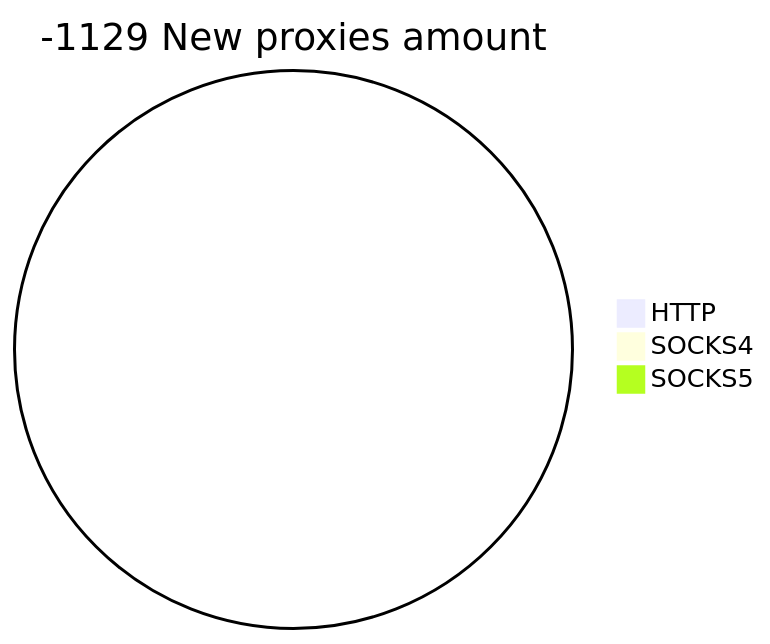
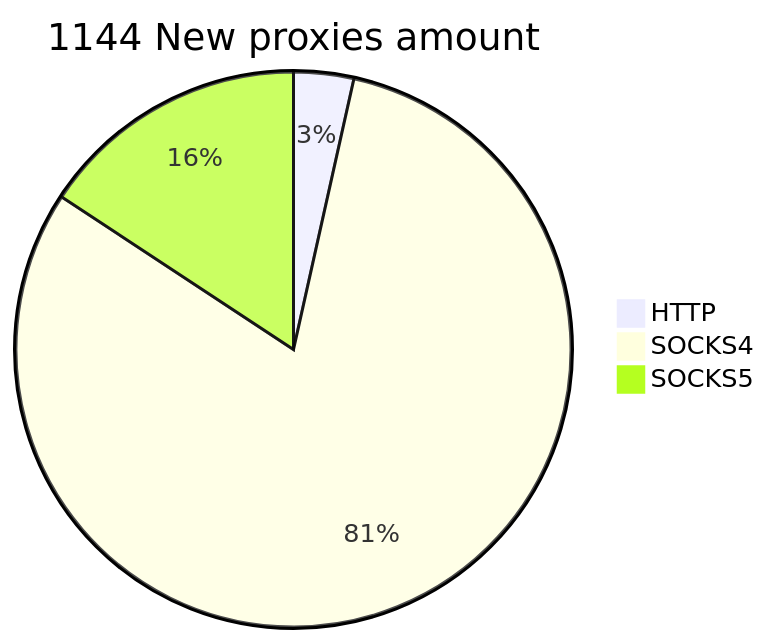
The second of 2 diagrams in README.md (cutipu/proxylist), drawn with Mermaid before and after one commit. The commit also changed other lines of this file, not shown here.

````diff
--- a/README.md
+++ b/README.md
@@ -10,6 +10,6 @@
 ```mermaid
-pie title -1129 New proxies amount
-    "HTTP" : 0
-    "SOCKS4" : 0
-    "SOCKS5" : 0
+pie title 1144 New proxies amount
+    "HTTP" : 40
+    "SOCKS4" : 924
+    "SOCKS5" : 180
 ```
````
